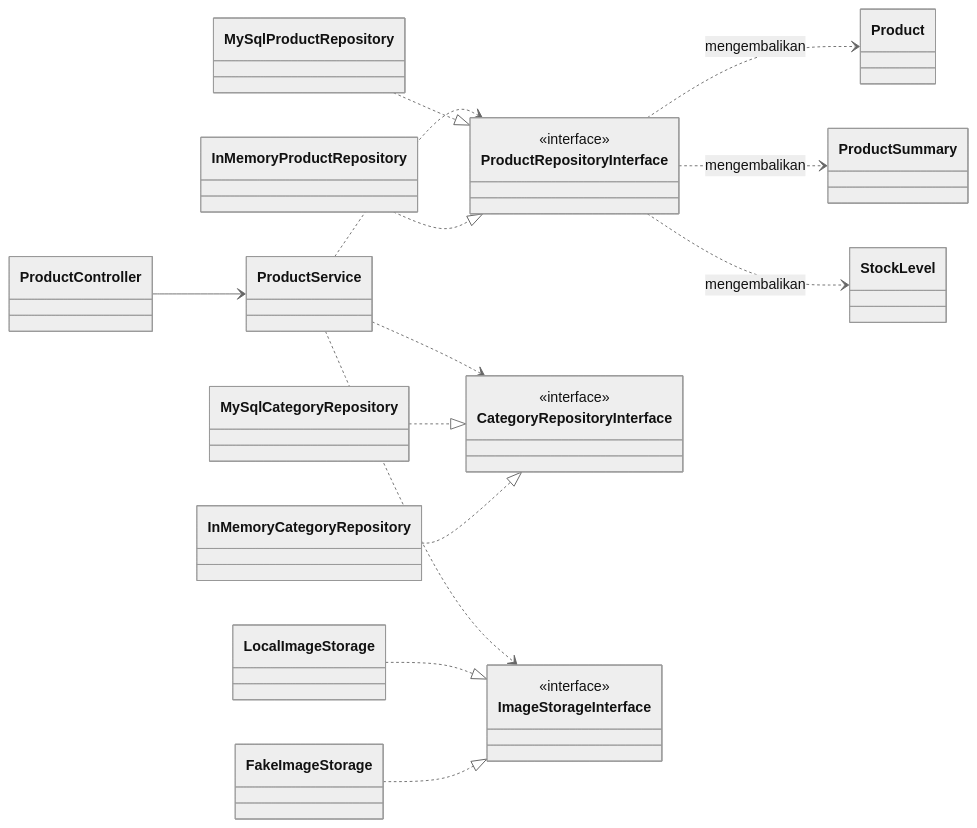
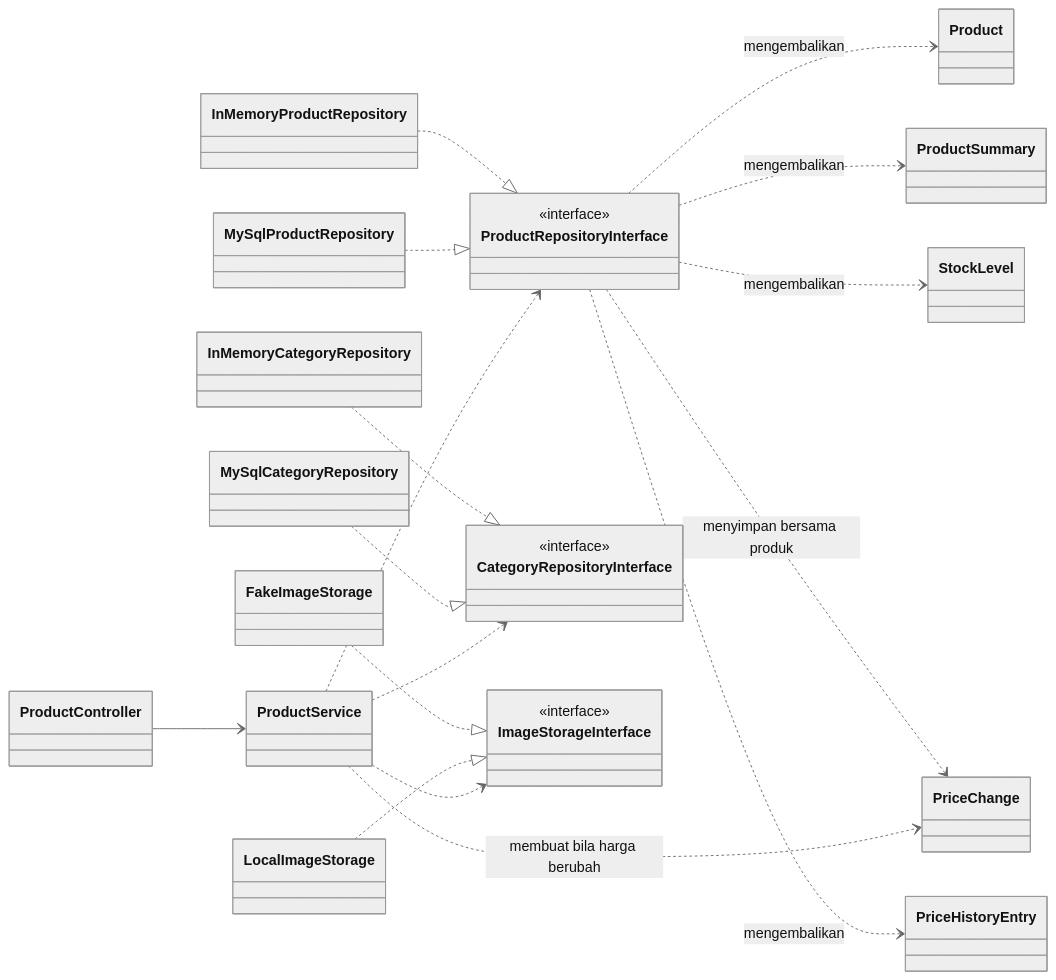
One commit to madwanz64/ioms-final-project changed the first of 4 diagrams in docs/architecture/class-diagram-as-built.md. Above: the diagram before and after it, drawn with Mermaid (neutral theme). The commit also changed other lines of this file and 16 other files, not shown here.

First line of the commit message:
feat: riwayat harga produk (harga awal & setiap perubahan harga beli/jual)

````diff
--- a/docs/architecture/class-diagram-as-built.md
+++ b/docs/architecture/class-diagram-as-built.md
@@ -28,35 +28,40 @@
 ```mermaid
 classDiagram
     direction LR
     class ProductController
     class ProductService
     class ProductRepositoryInterface
     <<interface>> ProductRepositoryInterface
     class CategoryRepositoryInterface
     <<interface>> CategoryRepositoryInterface
     class ImageStorageInterface
     <<interface>> ImageStorageInterface
     class MySqlProductRepository
     class InMemoryProductRepository
     class MySqlCategoryRepository
     class InMemoryCategoryRepository
     class LocalImageStorage
     class FakeImageStorage
     class Product
     class ProductSummary
     class StockLevel
+    class PriceChange
+    class PriceHistoryEntry
 
     ProductController --> ProductService
     ProductService ..> ProductRepositoryInterface
     ProductService ..> CategoryRepositoryInterface
     ProductService ..> ImageStorageInterface
     MySqlProductRepository ..|> ProductRepositoryInterface
     InMemoryProductRepository ..|> ProductRepositoryInterface
     MySqlCategoryRepository ..|> CategoryRepositoryInterface
     InMemoryCategoryRepository ..|> CategoryRepositoryInterface
     LocalImageStorage ..|> ImageStorageInterface
     FakeImageStorage ..|> ImageStorageInterface
     ProductRepositoryInterface ..> Product : mengembalikan
     ProductRepositoryInterface ..> ProductSummary : mengembalikan
     ProductRepositoryInterface ..> StockLevel : mengembalikan
+    ProductService ..> PriceChange : membuat bila harga berubah
+    ProductRepositoryInterface ..> PriceChange : menyimpan bersama produk
+    ProductRepositoryInterface ..> PriceHistoryEntry : mengembalikan
 ```
````
